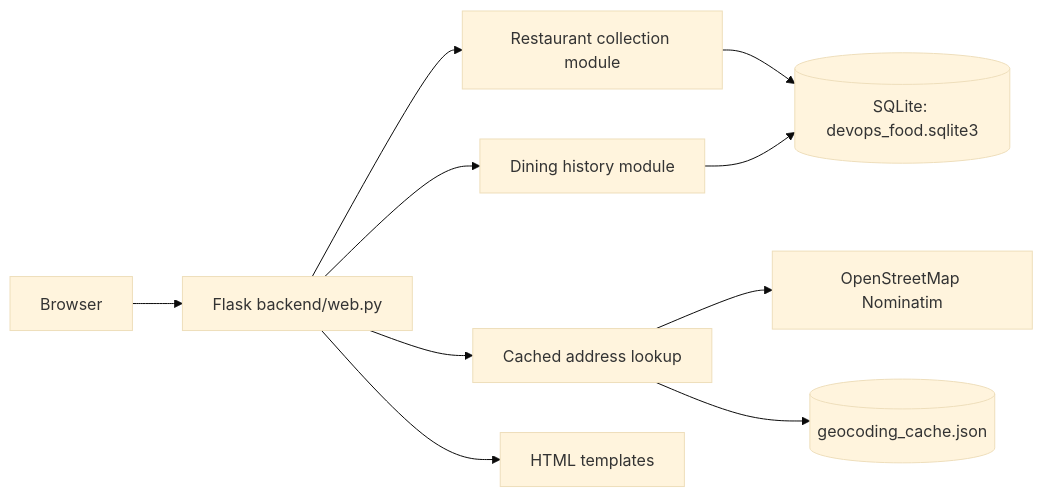
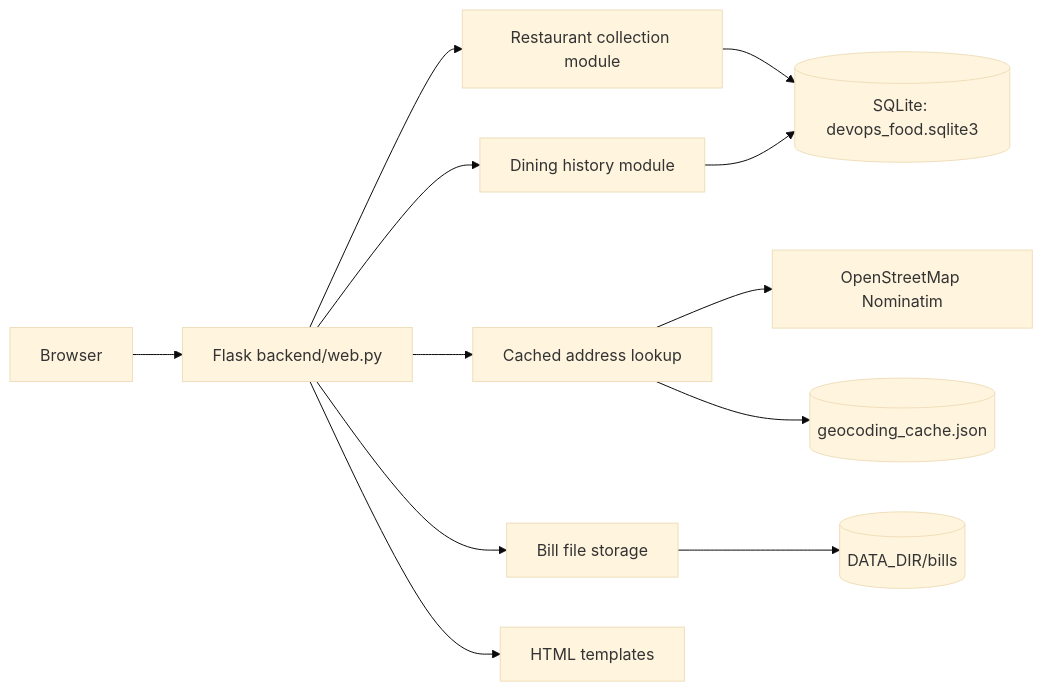
One commit to AFG64/assignment_1_Adria_Fijo changed the first of 2 diagrams in docs/REPORT.md. Above: the diagram before and after it, drawn with Mermaid (base theme). The commit also changed other lines of this file and 12 other files, not shown here.

````diff
--- a/docs/REPORT.md
+++ b/docs/REPORT.md
@@ -19,12 +28,14 @@
 ```mermaid
 flowchart LR
     Browser[Browser] --> Flask[Flask backend/web.py]
     Flask --> Restaurants[Restaurant collection module]
     Flask --> Visits[Dining history module]
     Flask --> Geocoder[Cached address lookup]
+    Flask --> BillFiles[Bill file storage]
     Geocoder --> Nominatim[OpenStreetMap Nominatim]
     Restaurants --> SQLite[(SQLite: devops_food.sqlite3)]
     Visits --> SQLite
     Geocoder --> Cache[(geocoding_cache.json)]
+    BillFiles --> Files[(DATA_DIR/bills)]
     Flask --> Templates[HTML templates]
 ```
````
